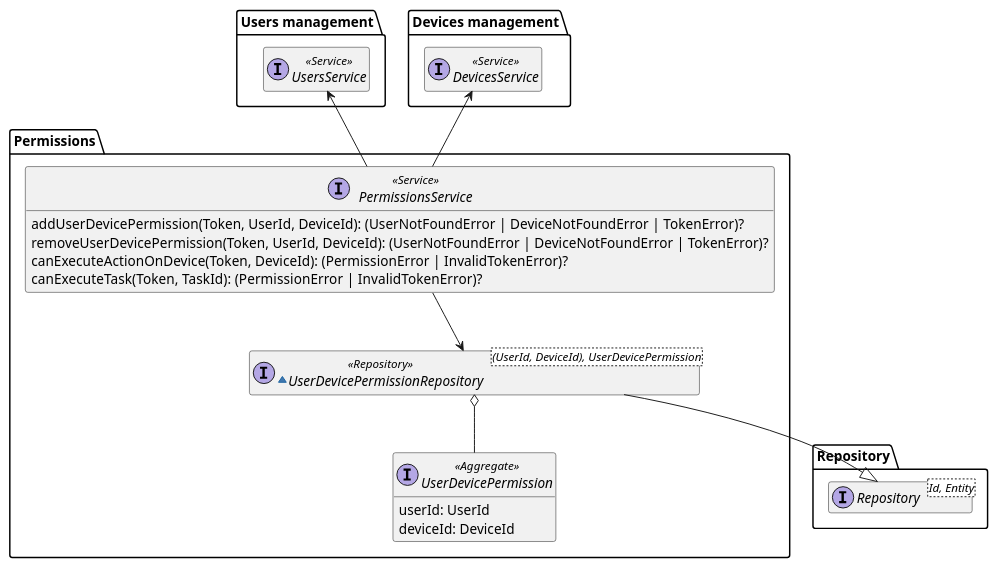
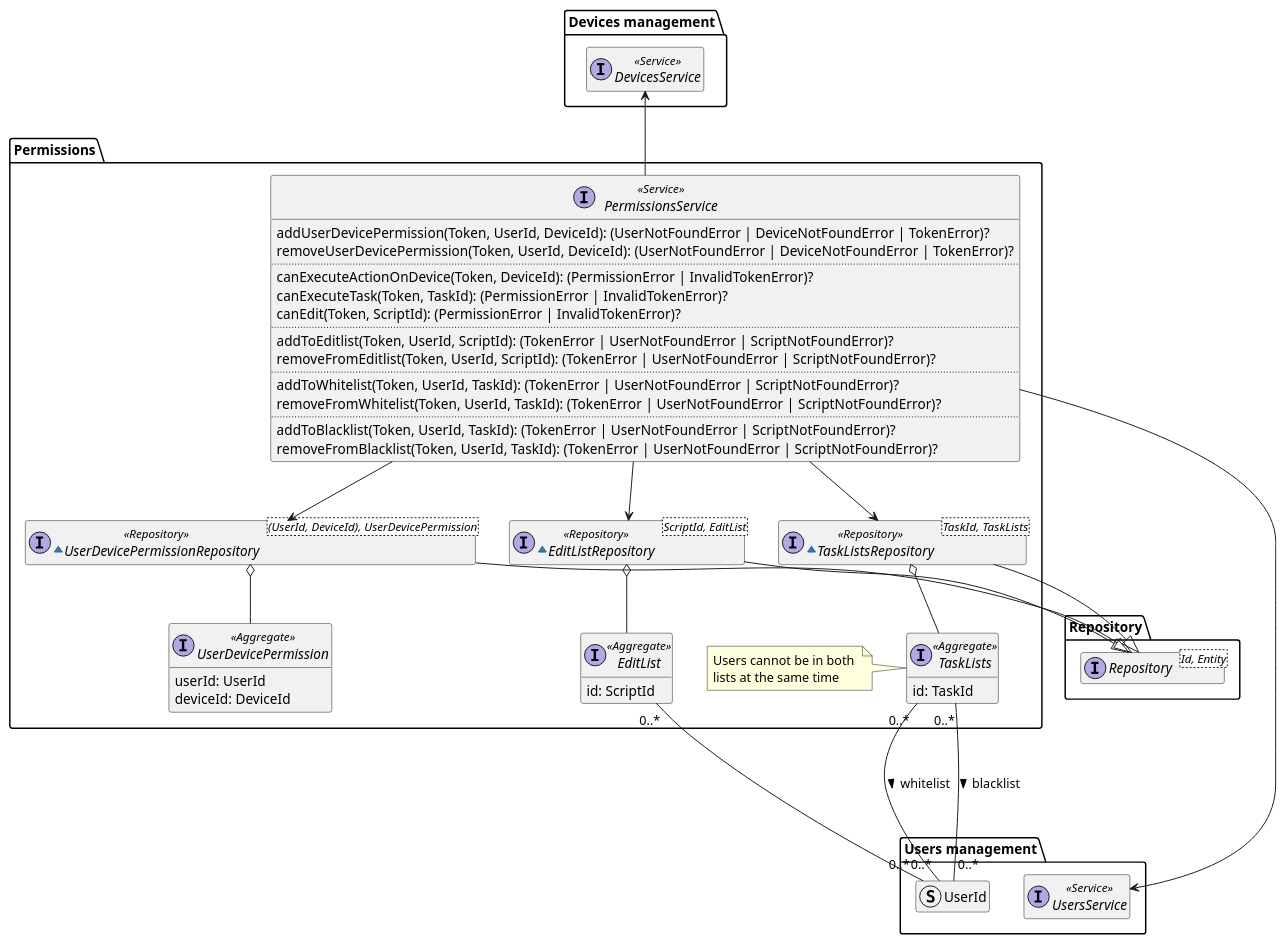
The diagram in diagrams/src/permissions-domain-model.puml (DomoticASW/.github), drawn with PlantUML before and after one commit. The commit also changed 3 other files, not shown here.

Commit message:
Add tasks and automations diagram + permission lists

```diff
--- a/diagrams/src/permissions-domain-model.puml
+++ b/diagrams/src/permissions-domain-model.puml
@@ -2,39 +2,81 @@
 @startuml permissions-domain-model
 
 hide empty members
 package Repository{
     interface Repository<Id, Entity>
 }
 
 package "Users management" as UsersManagement {
     interface UsersService <<Service>>
+    struct UserId
 }
 
 package "Devices management" as DevicesManagement {
     interface DevicesService <<Service>>
 }
 
 package "Permissions" {
     interface PermissionsService <<Service>> {
         addUserDevicePermission(Token, UserId, DeviceId): (UserNotFoundError | DeviceNotFoundError | TokenError)?
         removeUserDevicePermission(Token, UserId, DeviceId): (UserNotFoundError | DeviceNotFoundError | TokenError)?
+        ..
         canExecuteActionOnDevice(Token, DeviceId): (PermissionError | InvalidTokenError)?
         canExecuteTask(Token, TaskId): (PermissionError | InvalidTokenError)?
+        canEdit(Token, ScriptId): (PermissionError | InvalidTokenError)?
+        ..
+        addToEditlist(Token, UserId, ScriptId): (TokenError | UserNotFoundError | ScriptNotFoundError)?
+        removeFromEditlist(Token, UserId, ScriptId): (TokenError | UserNotFoundError | ScriptNotFoundError)?
+        ..
+        addToWhitelist(Token, UserId, TaskId): (TokenError | UserNotFoundError | ScriptNotFoundError)?
+        removeFromWhitelist(Token, UserId, TaskId): (TokenError | UserNotFoundError | ScriptNotFoundError)?
+        ..
+        addToBlacklist(Token, UserId, TaskId): (TokenError | UserNotFoundError | ScriptNotFoundError)?
+        removeFromBlacklist(Token, UserId, TaskId): (TokenError | UserNotFoundError | ScriptNotFoundError)?
     }
 
     ~interface UserDevicePermissionRepository<(UserId, DeviceId), UserDevicePermission> <<Repository>> {
     }
 
     interface UserDevicePermission <<Aggregate>> {
         userId: UserId
         deviceId: DeviceId
     }
 
+    ~interface EditListRepository<ScriptId, EditList> <<Repository>> {
+    }
+
+    interface EditList <<Aggregate>> {
+        id: ScriptId
+    }
+
+    ~interface TaskListsRepository<TaskId, TaskLists> <<Repository>> {
+    }
+
+    interface TaskLists <<Aggregate>> {
+        id: TaskId
+    }
+
+    note left of TaskLists
+        Users cannot be in both 
+        lists at the same time
+    end note
+
+
     PermissionsService -u-> DevicesManagement.DevicesService
-    PermissionsService -u-> UsersManagement.UsersService
+    PermissionsService --> UsersManagement.UsersService
     PermissionsService --> UserDevicePermissionRepository
+    PermissionsService --> EditListRepository
+    PermissionsService --> TaskListsRepository
     UserDevicePermissionRepository --|> Repository.Repository
     UserDevicePermissionRepository o-- UserDevicePermission
+    EditList "0..*" -- "0..*" UsersManagement.UserId
+    EditListRepository --|> Repository.Repository
+    EditListRepository o-- EditList
+    TaskLists "0..*" --- "0..*" UsersManagement.UserId : "blacklist >"
+    TaskLists "0..*" --- "0..*" UsersManagement.UserId : "whitelist >"
+    TaskListsRepository --|> Repository.Repository
+    TaskListsRepository o-- TaskLists
+
 }
 
 @enduml
```
